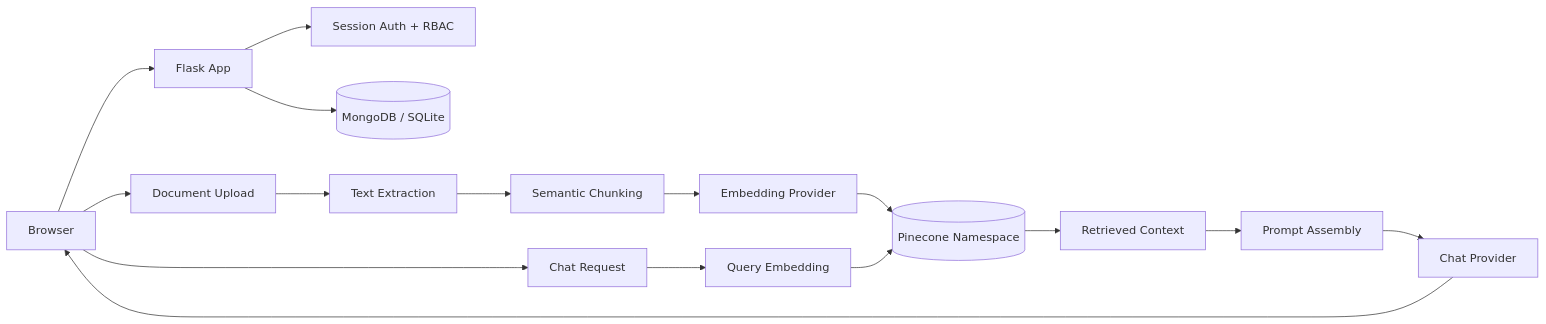
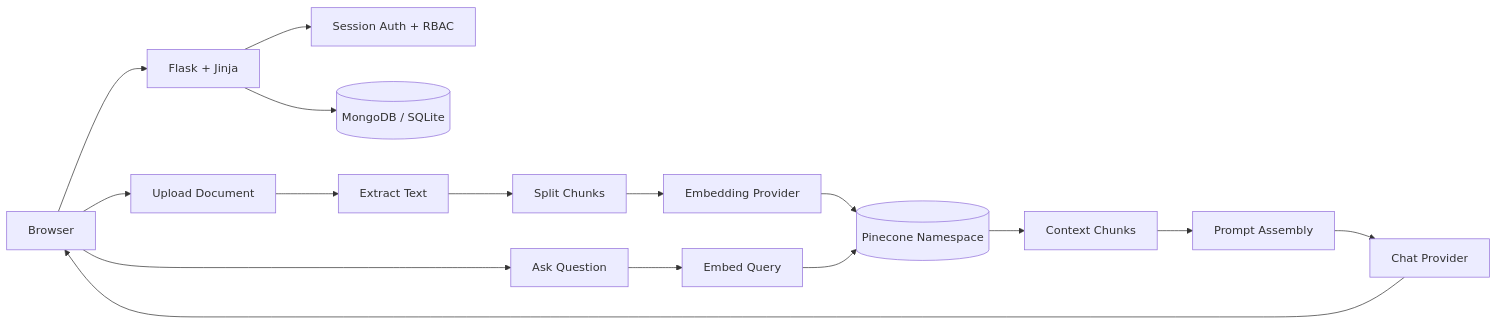
The first of 4 diagrams in README.md (Valo-Asura/custom_ai_bot), drawn with Mermaid before and after one commit. The commit also changed other lines of this file and 177 other files, not shown here.

````diff
--- a/README.md
+++ b/README.md
@@ -33,20 +47,20 @@
 ```mermaid
 flowchart LR
-    Browser[Browser] --> Flask[Flask App]
+    Browser[Browser] --> Flask[Flask + Jinja]
     Flask --> Auth[Session Auth + RBAC]
-    Flask --> Mongo[(MongoDB / SQLite)]
+    Flask --> Data[(MongoDB / SQLite)]
 
-    Browser --> Upload[Document Upload]
-    Upload --> Extract[Text Extraction]
-    Extract --> Chunk[Semantic Chunking]
-    Chunk --> Embed[Embedding Provider]
+    Browser --> Upload[Upload Document]
+    Upload --> Extract[Extract Text]
+    Extract --> Split[Split Chunks]
+    Split --> Embed[Embedding Provider]
     Embed --> Pinecone[(Pinecone Namespace)]
 
-    Browser --> Chat[Chat Request]
-    Chat --> QueryEmbed[Query Embedding]
+    Browser --> Chat[Ask Question]
+    Chat --> QueryEmbed[Embed Query]
     QueryEmbed --> Pinecone
-    Pinecone --> Context[Retrieved Context]
+    Pinecone --> Context[Context Chunks]
     Context --> Prompt[Prompt Assembly]
     Prompt --> LLM[Chat Provider]
     LLM --> Browser
 ```
````
